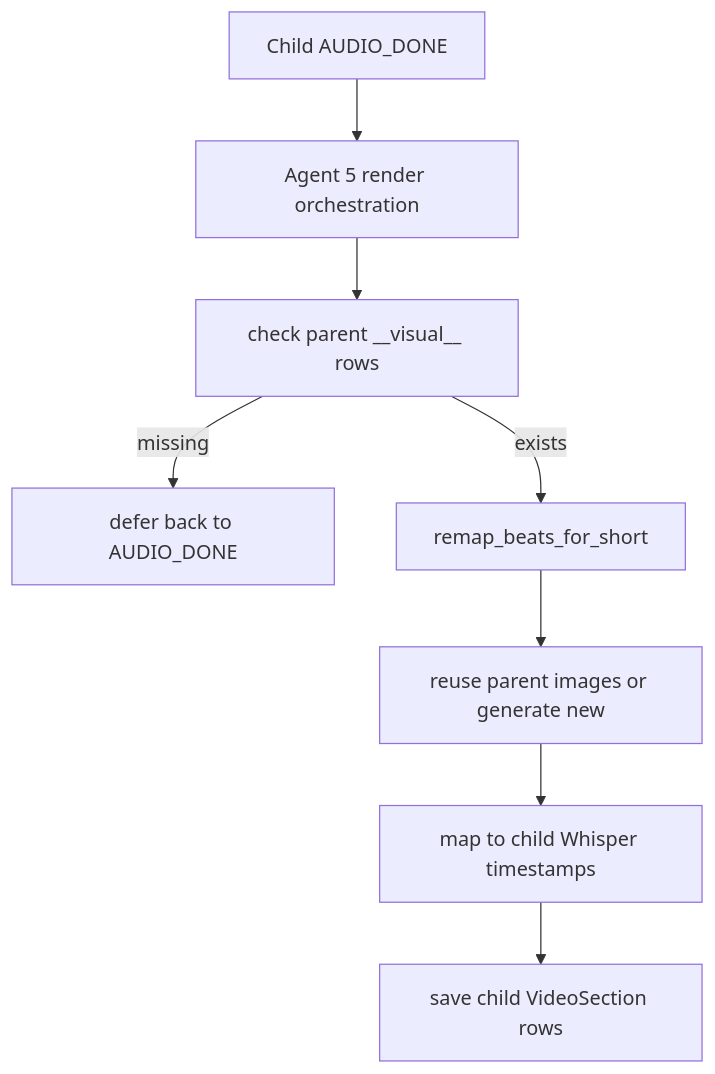
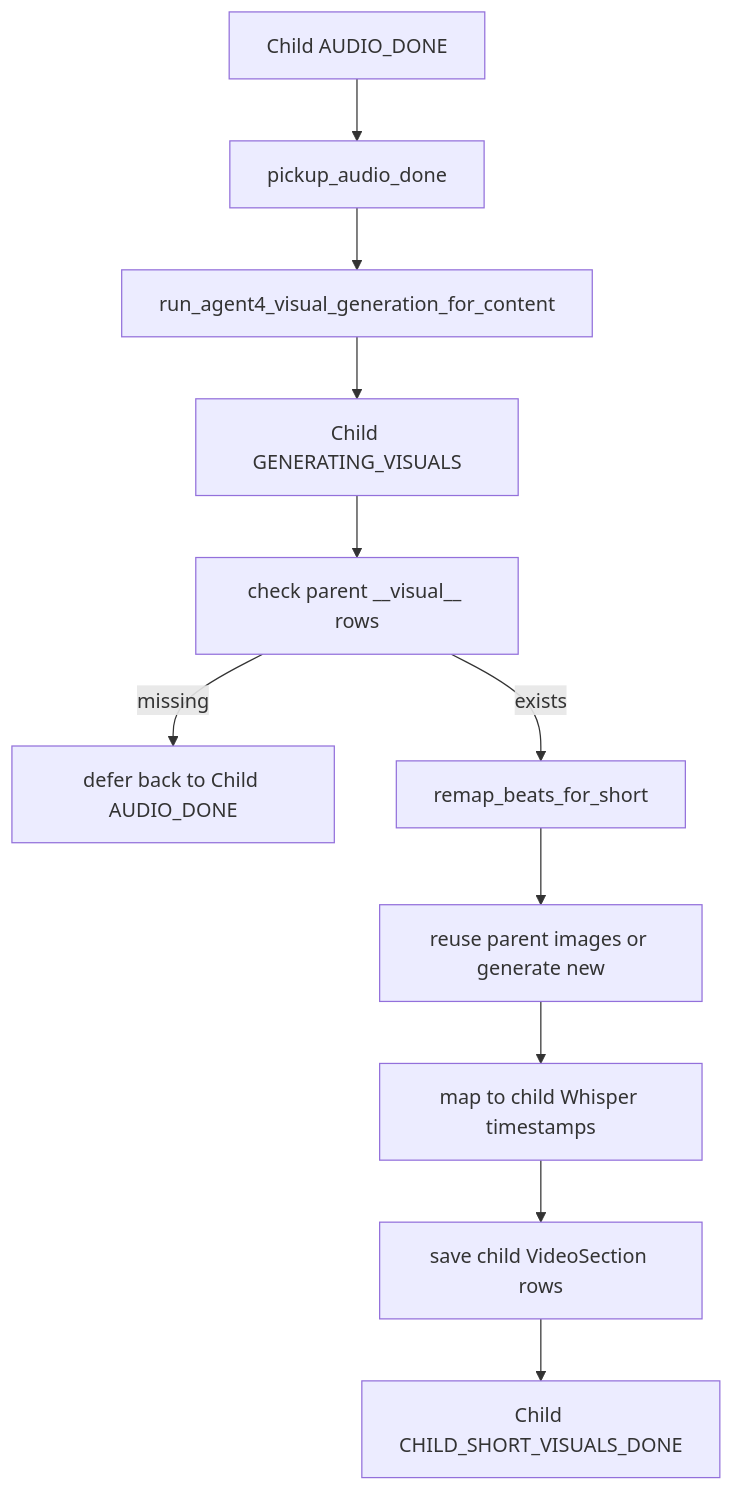
Before and after one commit to Hssingr/content-factory: the sixth of 8 diagrams in CLAUDE.md, drawn with Mermaid. The commit also changed other lines of this file and 17 other files, not shown here.

Commit message:
stabilize architecture

````diff
--- a/CLAUDE.md
+++ b/CLAUDE.md
@@ -1030,10 +1167,13 @@
 ```mermaid
 flowchart TD
-    A[Child AUDIO_DONE] --> B[Agent 5 render orchestration]
-    B --> C[check parent __visual__ rows]
-    C -->|missing| D[defer back to AUDIO_DONE]
-    C -->|exists| E[remap_beats_for_short]
-    E --> F[reuse parent images or generate new]
-    F --> G[map to child Whisper timestamps]
-    G --> H[save child VideoSection rows]
+    A[Child AUDIO_DONE] --> B[pickup_audio_done]
+    B --> C[run_agent4_visual_generation_for_content]
+    C --> C2[Child GENERATING_VISUALS]
+    C2 --> D[check parent __visual__ rows]
+    D -->|missing| E[defer back to Child AUDIO_DONE]
+    D -->|exists| F[remap_beats_for_short]
+    F --> G[reuse parent images or generate new]
+    G --> H[map to child Whisper timestamps]
+    H --> I[save child VideoSection rows]
+    I --> J[Child CHILD_SHORT_VISUALS_DONE]
 ```
````
